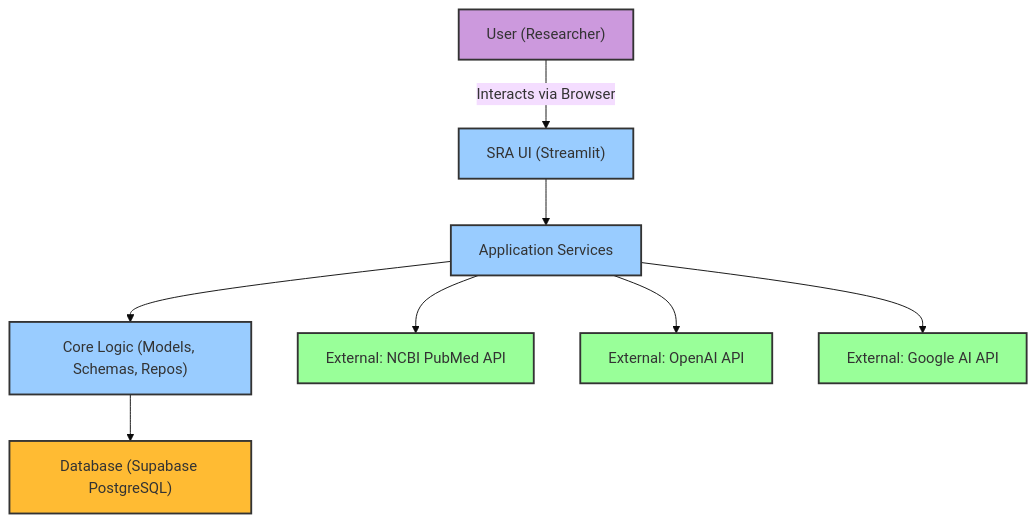
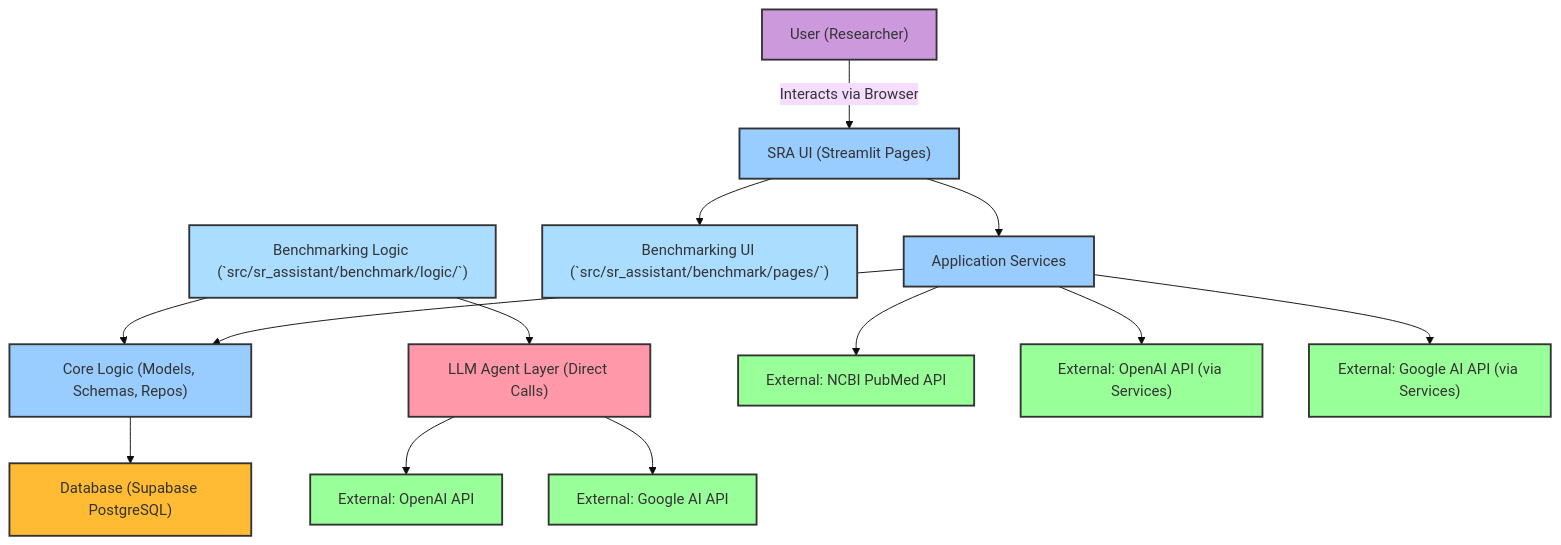
One commit to mescu74/systematic-review-assistant changed the first of 5 diagrams in docs/architecture.md. Above: the diagram before and after it, drawn with Mermaid (base theme). The commit also changed other lines of this file and 58 other files, not shown here.

````diff
--- a/docs/architecture.md
+++ b/docs/architecture.md
@@ -45,21 +45,33 @@
 ```mermaid
 graph TD
-    A_User["User (Researcher)"] -->|Interacts via Browser| B_SRA_UI["SRA UI (Streamlit)"]
-    
+    A_User["User (Researcher)"] -->|Interacts via Browser| B_SRA_UI["SRA UI (Streamlit Pages)"]
+
     B_SRA_UI --> C_SRA_Services["Application Services"]
+    B_SRA_UI --> BM_UI["Benchmarking UI (`src/sr_assistant/benchmark/pages/`)"]
+
     C_SRA_Services --> D_SRA_Core["Core Logic (Models, Schemas, Repos)"]
+    BM_Logic["Benchmarking Logic (`src/sr_assistant/benchmark/logic/`)"] --> D_SRA_Core
+    BM_Logic --> LLM_Agents_Layer["LLM Agent Layer (Direct Calls)"]
+
     D_SRA_Core --> E_DB["Database (Supabase PostgreSQL)"]
-    
+
     C_SRA_Services --> F_PubMedAPI["External: NCBI PubMed API"]
-    C_SRA_Services --> G_OpenAI_API["External: OpenAI API"]
-    C_SRA_Services --> H_GoogleAI_API["External: Google AI API"]
+    C_SRA_Services --> G_OpenAI_API["External: OpenAI API (via Services)"]
+    C_SRA_Services --> H_GoogleAI_API["External: Google AI API (via Services)"]
+    LLM_Agents_Layer --> G_OpenAI_API_Direct["External: OpenAI API"]
+    LLM_Agents_Layer --> H_GoogleAI_API_Direct["External: Google AI API"]
 
     style A_User fill:#c9d,stroke:#333,stroke-width:2px
     style B_SRA_UI fill:#9cf,stroke:#333,stroke-width:2px
+    style BM_UI fill:#adf,stroke:#333,stroke-width:2px
+    style BM_Logic fill:#adf,stroke:#333,stroke-width:2px
     style C_SRA_Services fill:#9cf,stroke:#333,stroke-width:2px
     style D_SRA_Core fill:#9cf,stroke:#333,stroke-width:2px
+    style LLM_Agents_Layer fill:#f9a,stroke:#333,stroke-width:2px
     style E_DB fill:#fb3,stroke:#333,stroke-width:2px
     style F_PubMedAPI fill:#9f9,stroke:#333,stroke-width:2px
     style G_OpenAI_API fill:#9f9,stroke:#333,stroke-width:2px
     style H_GoogleAI_API fill:#9f9,stroke:#333,stroke-width:2px
+    style G_OpenAI_API_Direct fill:#9f9,stroke:#333,stroke-width:2px
+    style H_GoogleAI_API_Direct fill:#9f9,stroke:#333,stroke-width:2px
 ```
````
